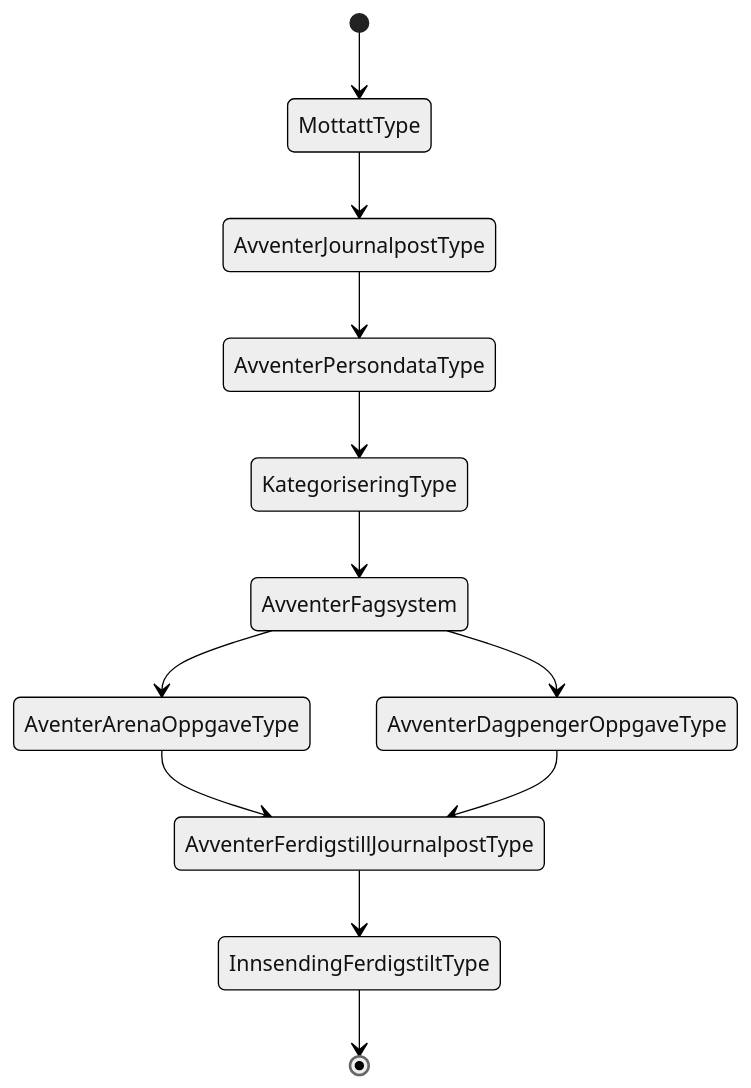
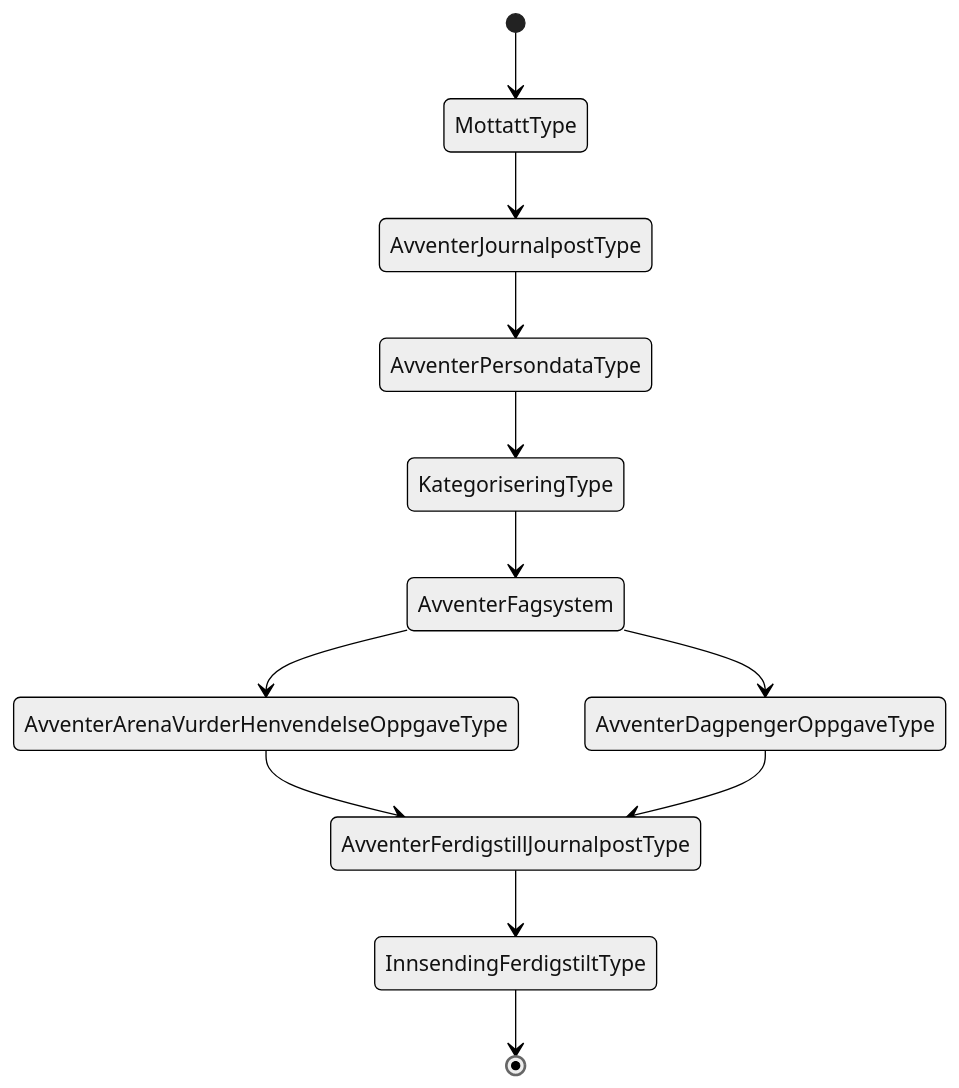
One commit to navikt/dp-mottak changed the diagram in docs/arkitektur/tilstander/NAV 90-00.08.approved.md. Above: the diagram before and after it, drawn with Mermaid (neutral theme). The commit also changed 23 other files, not shown here.

````diff
--- a/docs/arkitektur/tilstander/NAV 90-00.08.approved.md
+++ b/docs/arkitektur/tilstander/NAV 90-00.08.approved.md
@@ -3,14 +3,14 @@
 ```mermaid
    stateDiagram
    [*]-->MottattType
    	MottattType --> AvventerJournalpostType
 	AvventerJournalpostType --> AvventerPersondataType
 	AvventerPersondataType --> KategoriseringType
 	KategoriseringType --> AvventerFagsystem
-    AvventerFagsystem --> AventerArenaOppgaveType
+    AvventerFagsystem --> AvventerArenaVurderHenvendelseOppgaveType
     AvventerFagsystem --> AvventerDagpengerOppgaveType
-    AventerArenaOppgaveType --> AvventerFerdigstillJournalpostType
+    AvventerArenaVurderHenvendelseOppgaveType --> AvventerFerdigstillJournalpostType
     AvventerDagpengerOppgaveType --> AvventerFerdigstillJournalpostType
 	AvventerFerdigstillJournalpostType --> InnsendingFerdigstiltType
    InnsendingFerdigstiltType--> [*]    
 ```
````
